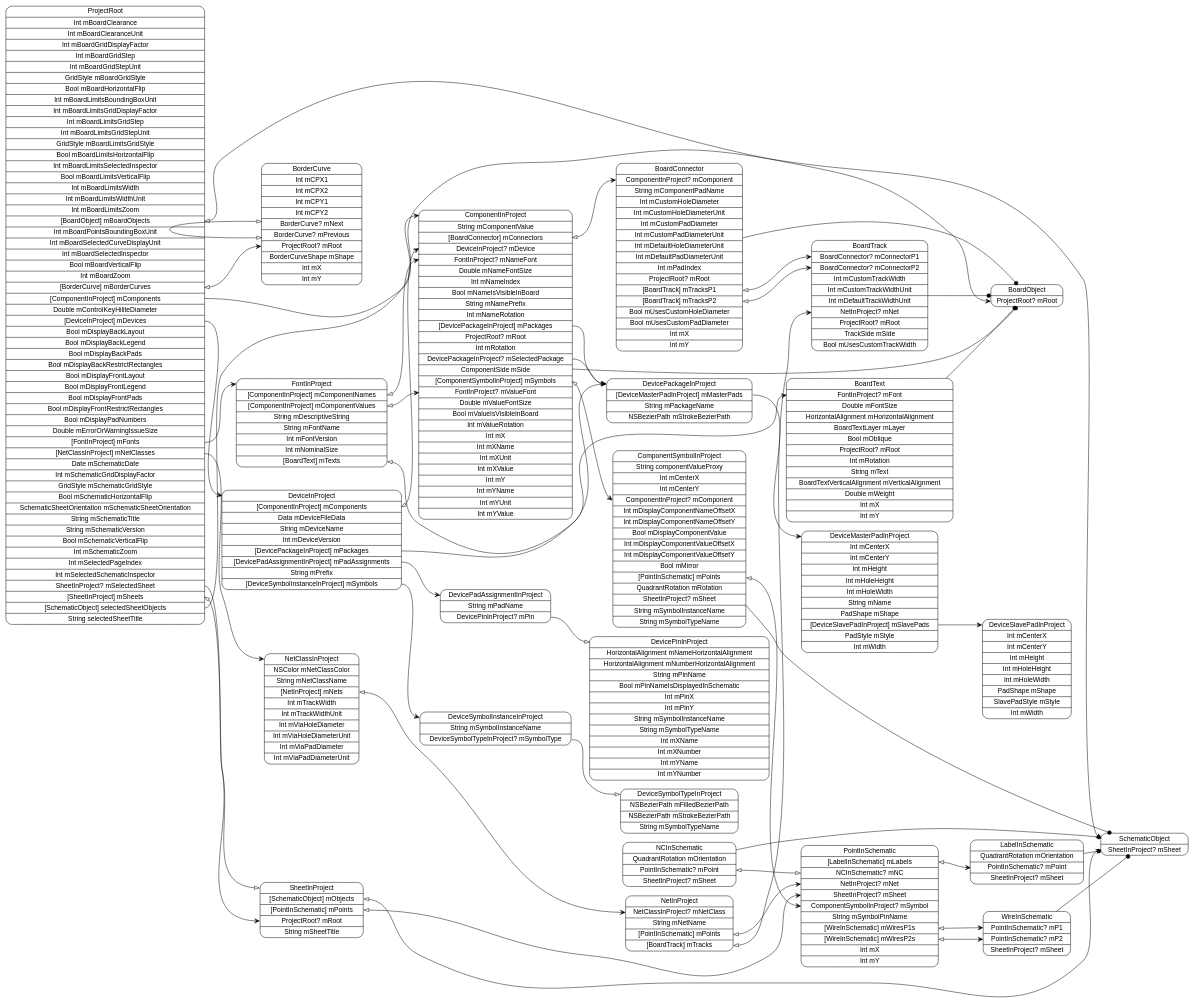
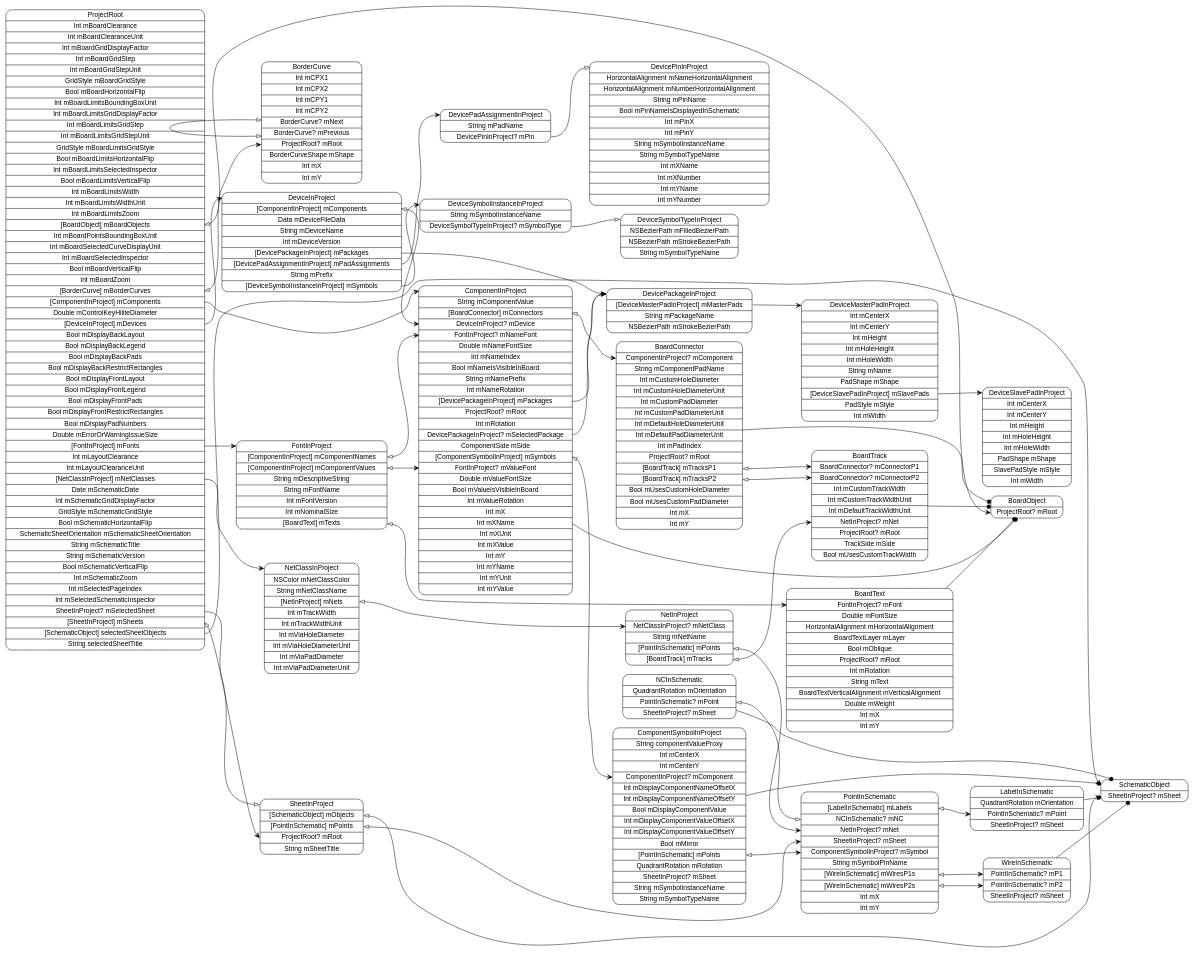
Before and after one commit to pierremolinaro/ElCanari-dev: the diagram in models/ProjectRoot.dot, drawn with Graphviz. The commit also changed 24 other files, not shown here.

```diff
--- a/models/ProjectRoot.dot
+++ b/models/ProjectRoot.dot
@@ -1,7 +1,7 @@
 digraph G {
   rankdir=LR ;
   node [shape=record fontname=helvetica style=rounded] ;
-  ProjectRoot[label="<ProjectRoot>ProjectRoot|Int mBoardClearance|Int mBoardClearanceUnit|Int mBoardGridDisplayFactor|Int mBoardGridStep|Int mBoardGridStepUnit|GridStyle mBoardGridStyle|Bool mBoardHorizontalFlip|Int mBoardLimitsBoundingBoxUnit|Int mBoardLimitsGridDisplayFactor|Int mBoardLimitsGridStep|Int mBoardLimitsGridStepUnit|GridStyle mBoardLimitsGridStyle|Bool mBoardLimitsHorizontalFlip|Int mBoardLimitsSelectedInspector|Bool mBoardLimitsVerticalFlip|Int mBoardLimitsWidth|Int mBoardLimitsWidthUnit|Int mBoardLimitsZoom|<mBoardObjects>[BoardObject] mBoardObjects|Int mBoardPointsBoundingBoxUnit|Int mBoardSelectedCurveDisplayUnit|Int mBoardSelectedInspector|Bool mBoardVerticalFlip|Int mBoardZoom|<mBorderCurves>[BorderCurve] mBorderCurves|<mComponents>[ComponentInProject] mComponents|Double mControlKeyHiliteDiameter|<mDevices>[DeviceInProject] mDevices|Bool mDisplayBackLayout|Bool mDisplayBackLegend|Bool mDisplayBackPads|Bool mDisplayBackRestrictRectangles|Bool mDisplayFrontLayout|Bool mDisplayFrontLegend|Bool mDisplayFrontPads|Bool mDisplayFrontRestrictRectangles|Bool mDisplayPadNumbers|Double mErrorOrWarningIssueSize|<mFonts>[FontInProject] mFonts|<mNetClasses>[NetClassInProject] mNetClasses|Date mSchematicDate|Int mSchematicGridDisplayFactor|GridStyle mSchematicGridStyle|Bool mSchematicHorizontalFlip|SchematicSheetOrientation mSchematicSheetOrientation|String mSchematicTitle|String mSchematicVersion|Bool mSchematicVerticalFlip|Int mSchematicZoom|Int mSelectedPageIndex|Int mSelectedSchematicInspector|<mSelectedSheet>SheetInProject? mSelectedSheet|<mSheets>[SheetInProject] mSheets|<selectedSheetObjects>[SchematicObject] selectedSheetObjects|String selectedSheetTitle"] ;
+  ProjectRoot[label="<ProjectRoot>ProjectRoot|Int mBoardClearance|Int mBoardClearanceUnit|Int mBoardGridDisplayFactor|Int mBoardGridStep|Int mBoardGridStepUnit|GridStyle mBoardGridStyle|Bool mBoardHorizontalFlip|Int mBoardLimitsBoundingBoxUnit|Int mBoardLimitsGridDisplayFactor|Int mBoardLimitsGridStep|Int mBoardLimitsGridStepUnit|GridStyle mBoardLimitsGridStyle|Bool mBoardLimitsHorizontalFlip|Int mBoardLimitsSelectedInspector|Bool mBoardLimitsVerticalFlip|Int mBoardLimitsWidth|Int mBoardLimitsWidthUnit|Int mBoardLimitsZoom|<mBoardObjects>[BoardObject] mBoardObjects|Int mBoardPointsBoundingBoxUnit|Int mBoardSelectedCurveDisplayUnit|Int mBoardSelectedInspector|Bool mBoardVerticalFlip|Int mBoardZoom|<mBorderCurves>[BorderCurve] mBorderCurves|<mComponents>[ComponentInProject] mComponents|Double mControlKeyHiliteDiameter|<mDevices>[DeviceInProject] mDevices|Bool mDisplayBackLayout|Bool mDisplayBackLegend|Bool mDisplayBackPads|Bool mDisplayBackRestrictRectangles|Bool mDisplayFrontLayout|Bool mDisplayFrontLegend|Bool mDisplayFrontPads|Bool mDisplayFrontRestrictRectangles|Bool mDisplayPadNumbers|Double mErrorOrWarningIssueSize|<mFonts>[FontInProject] mFonts|Int mLayoutClearance|Int mLayoutClearanceUnit|<mNetClasses>[NetClassInProject] mNetClasses|Date mSchematicDate|Int mSchematicGridDisplayFactor|GridStyle mSchematicGridStyle|Bool mSchematicHorizontalFlip|SchematicSheetOrientation mSchematicSheetOrientation|String mSchematicTitle|String mSchematicVersion|Bool mSchematicVerticalFlip|Int mSchematicZoom|Int mSelectedPageIndex|Int mSelectedSchematicInspector|<mSelectedSheet>SheetInProject? mSelectedSheet|<mSheets>[SheetInProject] mSheets|<selectedSheetObjects>[SchematicObject] selectedSheetObjects|String selectedSheetTitle"] ;
   SchematicObject[label="<SchematicObject>SchematicObject|<mSheet>SheetInProject? mSheet"] ;
   SheetInProject[label="<SheetInProject>SheetInProject|<mObjects>[SchematicObject] mObjects|<mPoints>[PointInSchematic] mPoints|<mRoot>ProjectRoot? mRoot|String mSheetTitle"] ;
   PointInSchematic[label="<PointInSchematic>PointInSchematic|<mLabels>[LabelInSchematic] mLabels|<mNC>NCInSchematic? mNC|<mNet>NetInProject? mNet|<mSheet>SheetInProject? mSheet|<mSymbol>ComponentSymbolInProject? mSymbol|String mSymbolPinName|<mWiresP1s>[WireInSchematic] mWiresP1s|<mWiresP2s>[WireInSchematic] mWiresP2s|Int mX|Int mY"] ;
```
